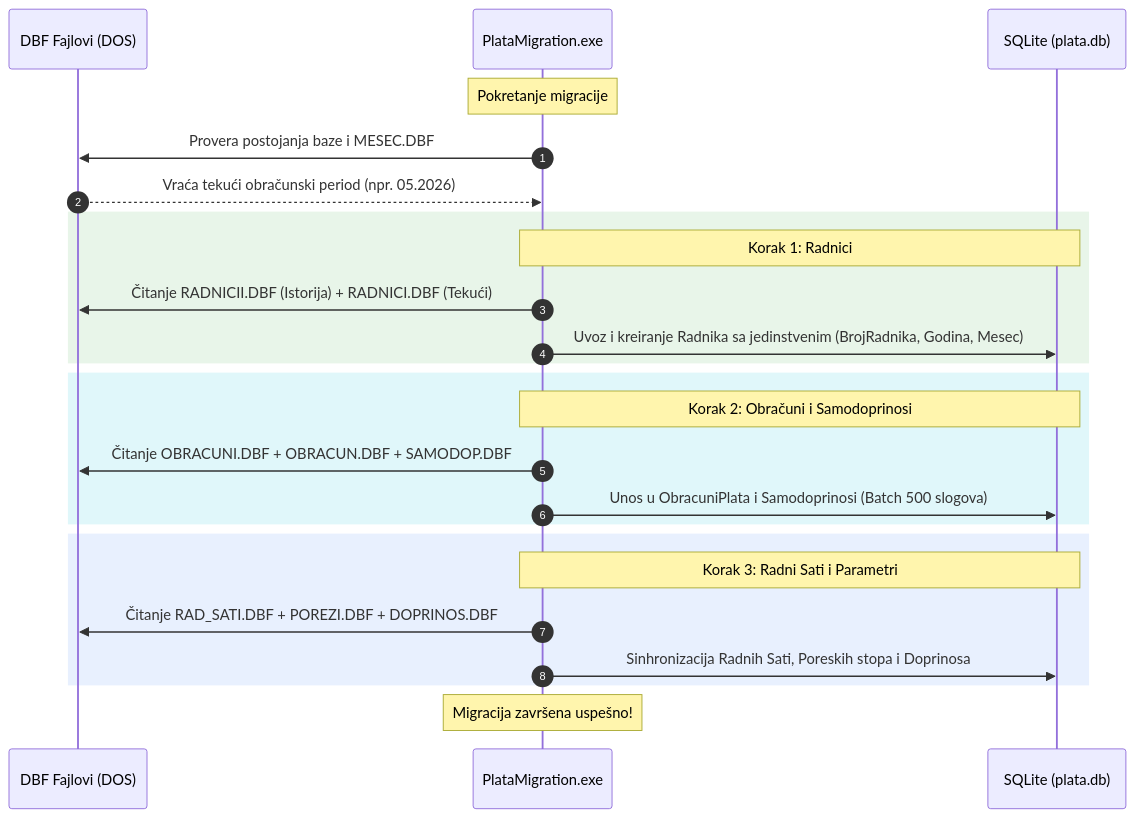
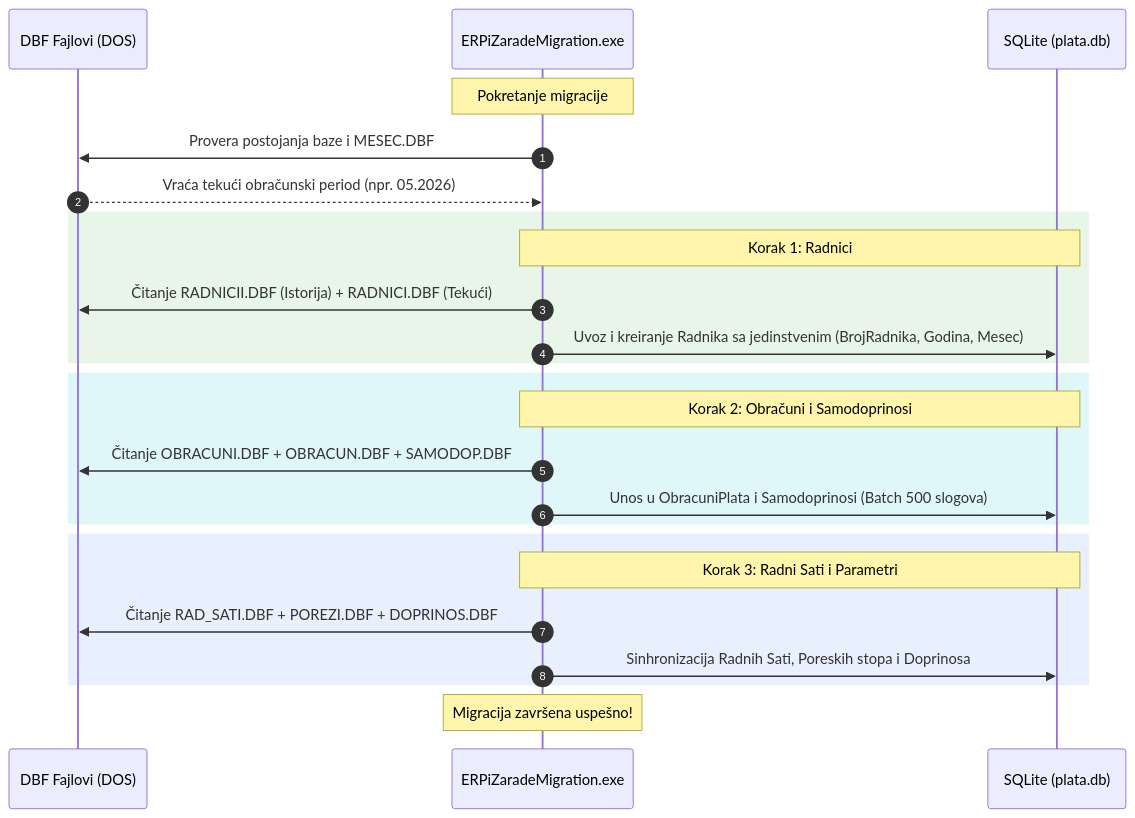
One commit to blagojevicboban/ERPiZarade changed the second of 3 diagrams in DOKUMENTACIJA_NET.md. Above: the diagram before and after it, drawn with Mermaid. The commit also changed other lines of this file and 214 other files, not shown here.

First line of the commit message:
v1.1.13 - Preimenovanje projekta u ERPiZarade

````diff
--- a/DOKUMENTACIJA_NET.md
+++ b/DOKUMENTACIJA_NET.md
@@ -96,31 +96,31 @@
 ```mermaid
 sequenceDiagram
     autonumber
     participant DBF as DBF Fajlovi (DOS)
-    participant Mig as PlataMigration.exe
+    participant Mig as ERPiZaradeMigration.exe
     participant SQL as SQLite (plata.db)
 
     Note over Mig: Pokretanje migracije
     Mig->>DBF: Provera postojanja baze i MESEC.DBF
     DBF-->>Mig: Vraća tekući obračunski period (npr. 05.2026)
     
     rect rgb(232, 245, 233)
         Note over Mig, SQL: Korak 1: Radnici
         Mig->>DBF: Čitanje RADNICII.DBF (Istorija) + RADNICI.DBF (Tekući)
         Mig->>SQL: Uvoz i kreiranje Radnika sa jedinstvenim (BrojRadnika, Godina, Mesec)
     end
     
     rect rgb(224, 247, 250)
         Note over Mig, SQL: Korak 2: Obračuni i Samodoprinosi
         Mig->>DBF: Čitanje OBRACUNI.DBF + OBRACUN.DBF + SAMODOP.DBF
         Mig->>SQL: Unos u ObracuniPlata i Samodoprinosi (Batch 500 slogova)
     end
 
     rect rgb(232, 240, 254)
         Note over Mig, SQL: Korak 3: Radni Sati i Parametri
         Mig->>DBF: Čitanje RAD_SATI.DBF + POREZI.DBF + DOPRINOS.DBF
         Mig->>SQL: Sinhronizacija Radnih Sati, Poreskih stopa i Doprinosa
     end
     
     Note over Mig: Migracija završena uspešno!
 ```
````
